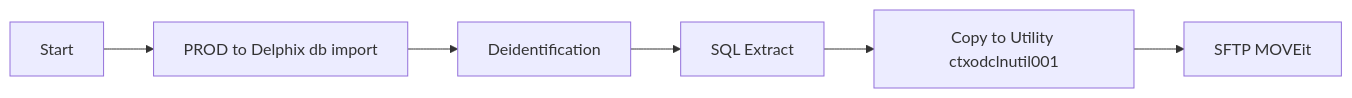
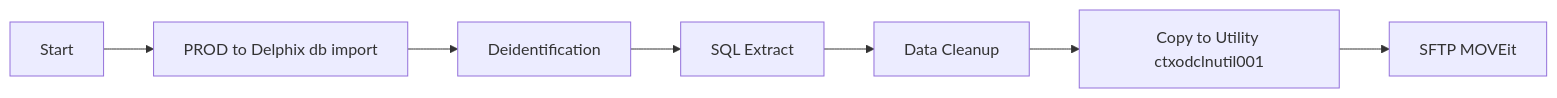
Before and after one commit to Gainwell-MDonnelly/ct-genius: the second of 4 diagrams in README.md, drawn with Mermaid.

````diff
--- a/README.md
+++ b/README.md
@@ -23,8 +23,9 @@
 ```mermaid
 flowchart LR
   A[Start] --> B[Database Refresh]
   B[PROD to Delphix db import] --> C[Deidentification]
   C[Deidentification] --> D[SQL Extract]
-  D[SQL Extract] --> E[Copy to Utility ctxodclnutil001]
+  D[SQL Extract] --> S[Data Cleanup]
+  S[Data Cleanup] --> E[Copy to Utility ctxodclnutil001]
   E[Copy to Utility ctxodclnutil001] --> F[SFTP MOVEit]
 ```
````
